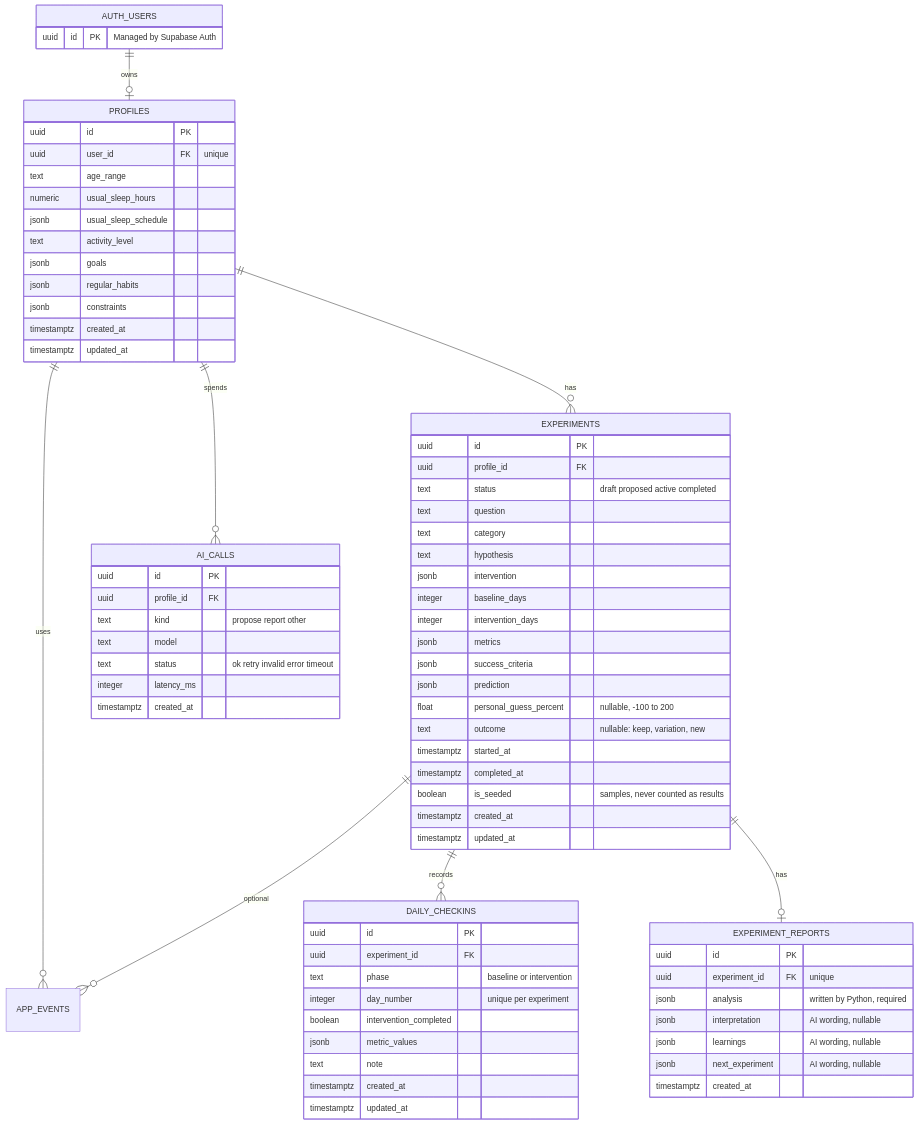
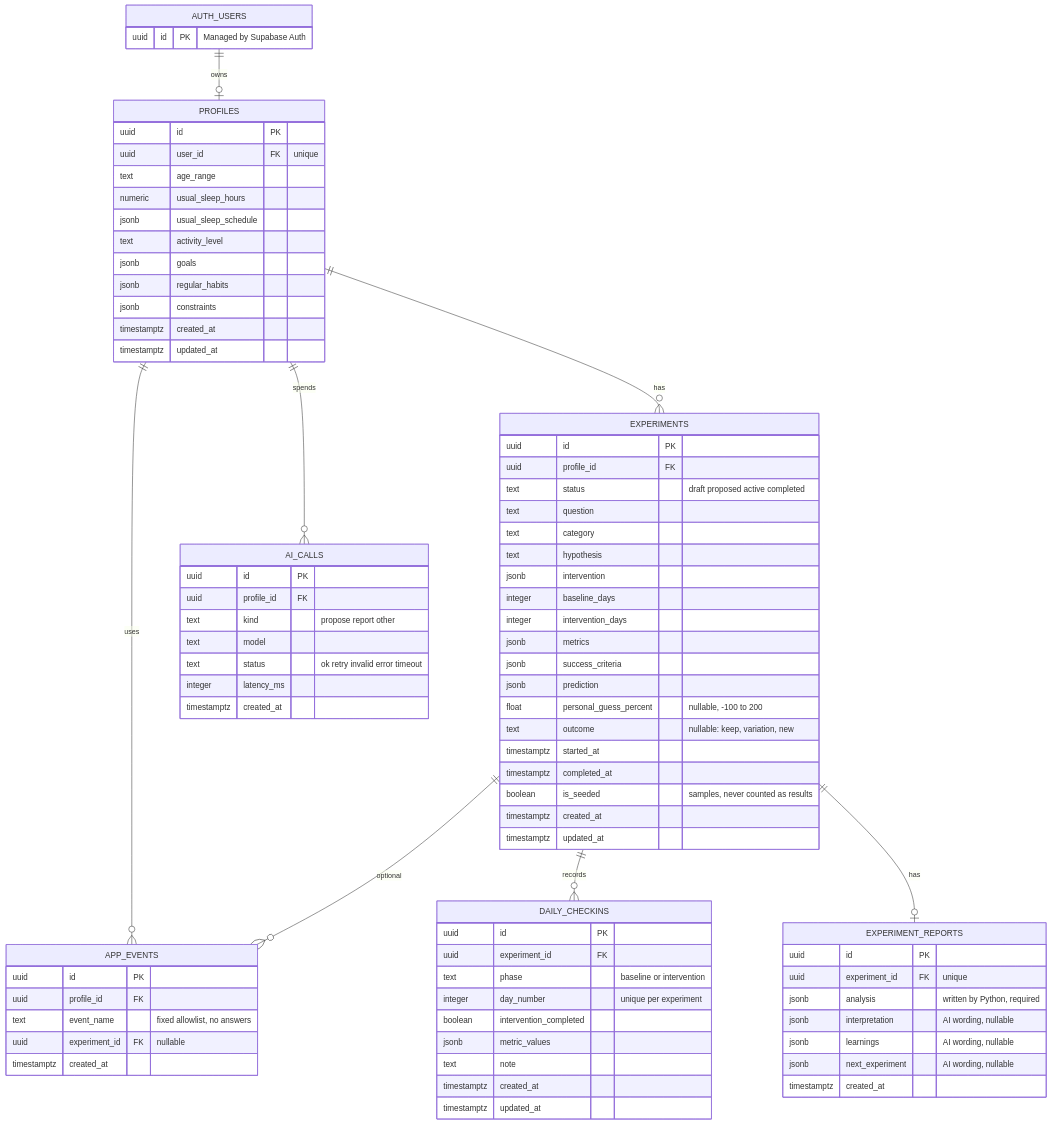
The second of 6 diagrams in docs/ARCHITECTURE.md (mnahsanofficial/rhythm-health), drawn with Mermaid before and after one commit. The commit also changed other lines of this file and 8 other files, not shown here.

```diff
--- a/docs/ARCHITECTURE.md
+++ b/docs/ARCHITECTURE.md
@@ -142,6 +142,13 @@
         jsonb next_experiment "AI wording, nullable"
         timestamptz created_at
     }
+    APP_EVENTS {
+        uuid id PK
+        uuid profile_id FK
+        text event_name "fixed allowlist, no answers"
+        uuid experiment_id FK "nullable"
+        timestamptz created_at
+    }
     AI_CALLS {
         uuid id PK
         uuid profile_id FK
```
